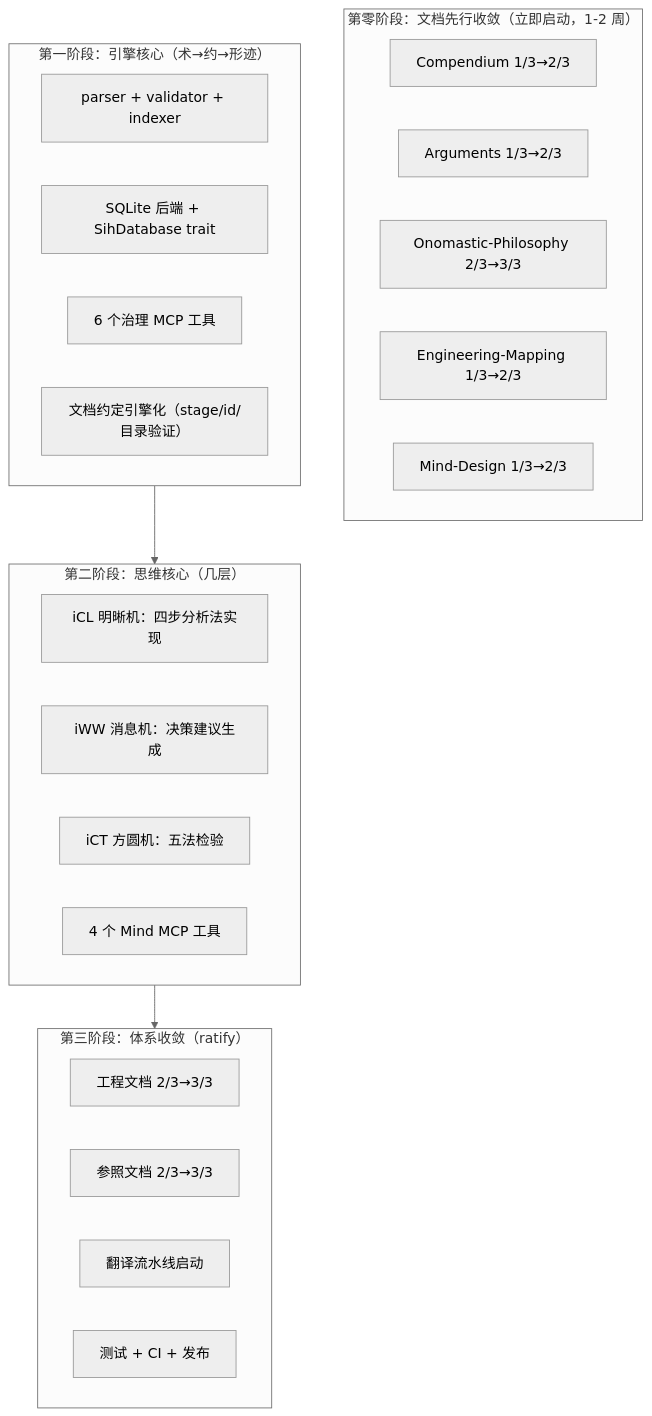
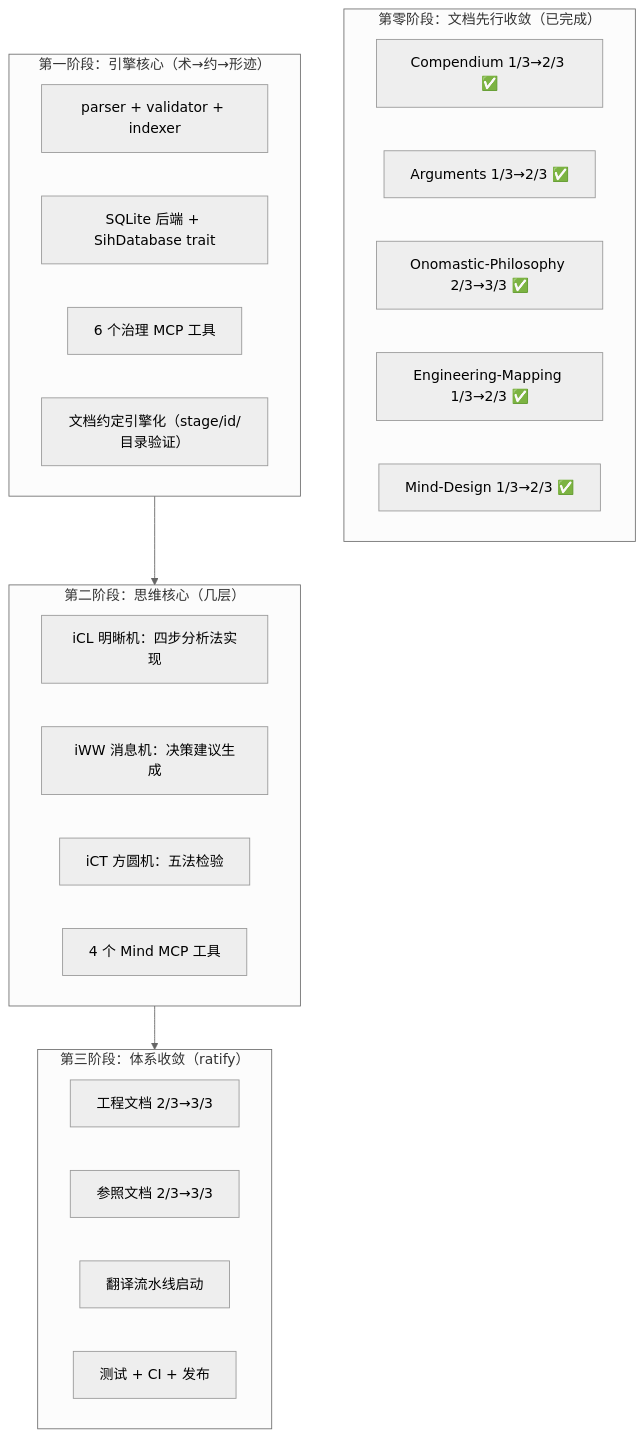
One commit to sgmov/sihankor changed the second of 4 diagrams in docs/proposals/SiHankor-Engine-Roadmap.sih.md. Above: the diagram before and after it, drawn with Mermaid (neutral theme). The commit also changed other lines of this file and 4 other files, not shown here.

````diff
--- a/docs/proposals/SiHankor-Engine-Roadmap.sih.md
+++ b/docs/proposals/SiHankor-Engine-Roadmap.sih.md
@@ -118,34 +118,34 @@
 ```mermaid
 flowchart TB
-    subgraph Phase0["第零阶段：文档先行收敛（立即启动，1-2 周）"]
-        D0a["Compendium 1/3→2/3"]
-        D0b["Arguments 1/3→2/3"]
-        D0c["Onomastic-Philosophy 2/3→3/3"]
-        D0d["Engineering-Mapping 1/3→2/3"]
-        D0e["Mind-Design 1/3→2/3"]
+    subgraph Phase0["第零阶段：文档先行收敛（已完成）"]
+        D0a["Compendium 1/3→2/3 ✅"]
+        D0b["Arguments 1/3→2/3 ✅"]
+        D0c["Onomastic-Philosophy 2/3→3/3 ✅"]
+        D0d["Engineering-Mapping 1/3→2/3 ✅"]
+        D0e["Mind-Design 1/3→2/3 ✅"]
     end
 
     subgraph Phase1["第一阶段：引擎核心（术→约→形迹）"]
         A1["parser + validator + indexer"]
         A2["SQLite 后端 + SihDatabase trait"]
         A3["6 个治理 MCP 工具"]
         A4["文档约定引擎化（stage/id/目录验证）"]
     end
 
     subgraph Phase2["第二阶段：思维核心（几层）"]
         B1["iCL 明晰机：四步分析法实现"]
         B2["iWW 消息机：决策建议生成"]
         B3["iCT 方圆机：五法检验"]
         B4["4 个 Mind MCP 工具"]
     end
 
     subgraph Phase3["第三阶段：体系收敛（ratify）"]
         C1["工程文档 2/3→3/3"]
         C2["参照文档 2/3→3/3"]
         C3["翻译流水线启动"]
         C4["测试 + CI + 发布"]
     end
 
     Phase1 --> Phase2
     Phase2 --> Phase3
 ```
````
